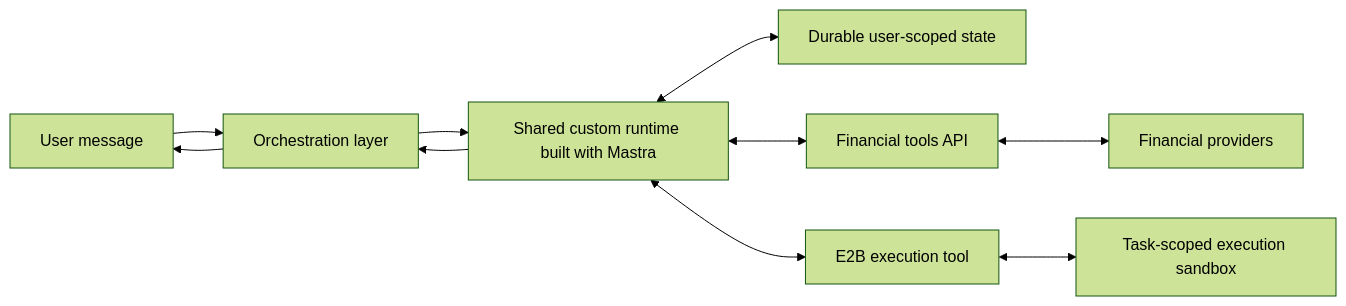
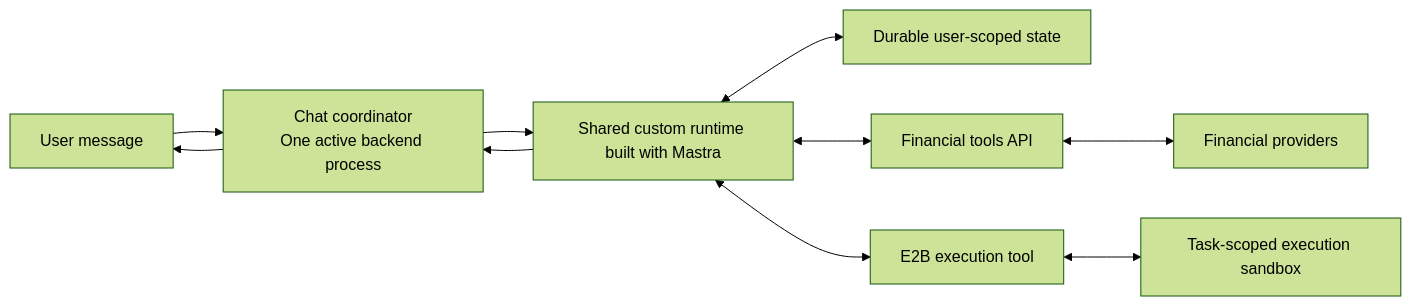
One commit to hsignals/ms-agentic-be changed the first of 2 diagrams in docs/architecture.md. Above: the diagram before and after it, drawn with Mermaid (forest theme). The commit also changed other lines of this file and 29 other files, not shown here.

````diff
--- a/docs/architecture.md
+++ b/docs/architecture.md
@@ -100,12 +108,12 @@
 ```mermaid
 flowchart LR
-    U["User message"] --> O["Orchestration layer"]
+    U["User message"] --> O["Chat coordinator<br/>One active backend process"]
     O --> R["Shared custom runtime built with Mastra"]
     R <--> D["Durable user-scoped state"]
     R <--> F["Financial tools API"]
     F <--> P["Financial providers"]
     R <--> E["E2B execution tool"]
     E <--> S["Task-scoped execution sandbox"]
     R --> O
     O --> U
 ```
````
